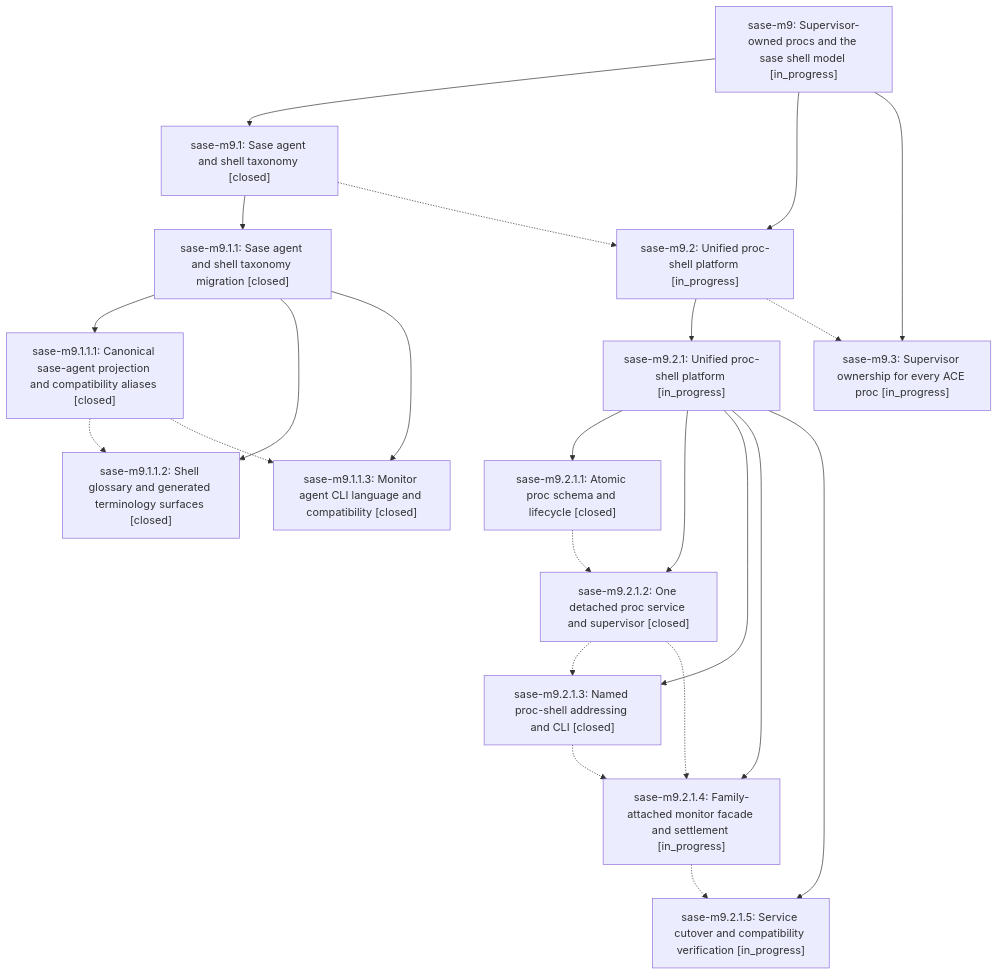
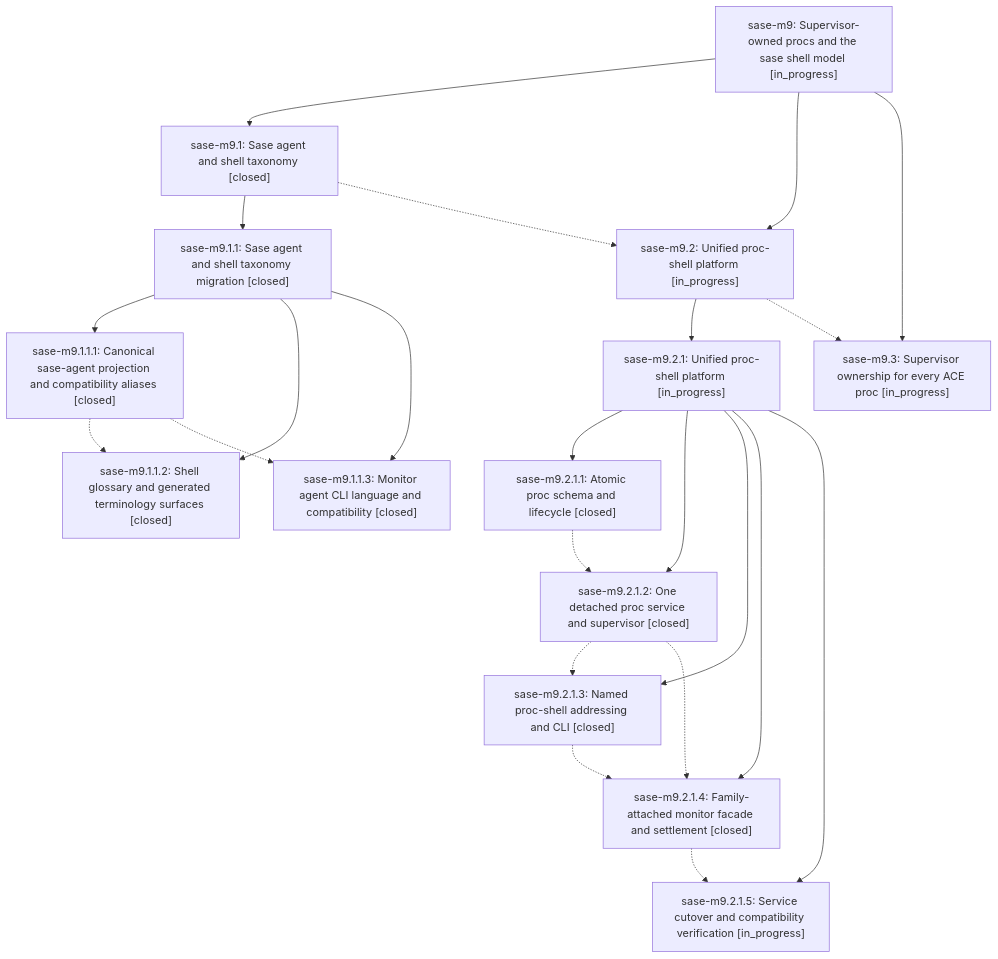
Before and after one commit to sase-org/sase--beads: the diagram in pages/sase-m9/README.md, drawn with Mermaid. The commit also changed other lines of this file and 4 other files, not shown here.

````diff
--- a/pages/sase-m9/README.md
+++ b/pages/sase-m9/README.md
@@ -24,39 +24,39 @@
 ```mermaid
 flowchart TD
     n0["sase-m9: Supervisor-owned procs and the sase shell model [in_progress]"]
     n1["sase-m9.1: Sase agent and shell taxonomy [closed]"]
     n2["sase-m9.1.1: Sase agent and shell taxonomy migration [closed]"]
     n3["sase-m9.1.1.1: Canonical sase-agent projection and compatibility aliases [closed]"]
     n4["sase-m9.1.1.2: Shell glossary and generated terminology surfaces [closed]"]
     n5["sase-m9.1.1.3: Monitor agent CLI language and compatibility [closed]"]
     n6["sase-m9.2: Unified proc-shell platform [in_progress]"]
     n7["sase-m9.2.1: Unified proc-shell platform [in_progress]"]
     n8["sase-m9.2.1.1: Atomic proc schema and lifecycle [closed]"]
     n9["sase-m9.2.1.2: One detached proc service and supervisor [closed]"]
     n10["sase-m9.2.1.3: Named proc-shell addressing and CLI [closed]"]
-    n11["sase-m9.2.1.4: Family-attached monitor facade and settlement [in_progress]"]
+    n11["sase-m9.2.1.4: Family-attached monitor facade and settlement [closed]"]
     n12["sase-m9.2.1.5: Service cutover and compatibility verification [in_progress]"]
     n13["sase-m9.3: Supervisor ownership for every ACE proc [in_progress]"]
     n0 --> n1
     n1 --> n2
     n2 --> n3
     n2 --> n4
     n2 --> n5
     n0 --> n6
     n6 --> n7
     n7 --> n8
     n7 --> n9
     n7 --> n10
     n7 --> n11
     n7 --> n12
     n0 --> n13
     n1 -.-> n6
     n3 -.-> n4
     n3 -.-> n5
     n6 -.-> n13
     n8 -.-> n9
     n9 -.-> n10
     n9 -.-> n11
     n10 -.-> n11
     n11 -.-> n12
 ```
````
